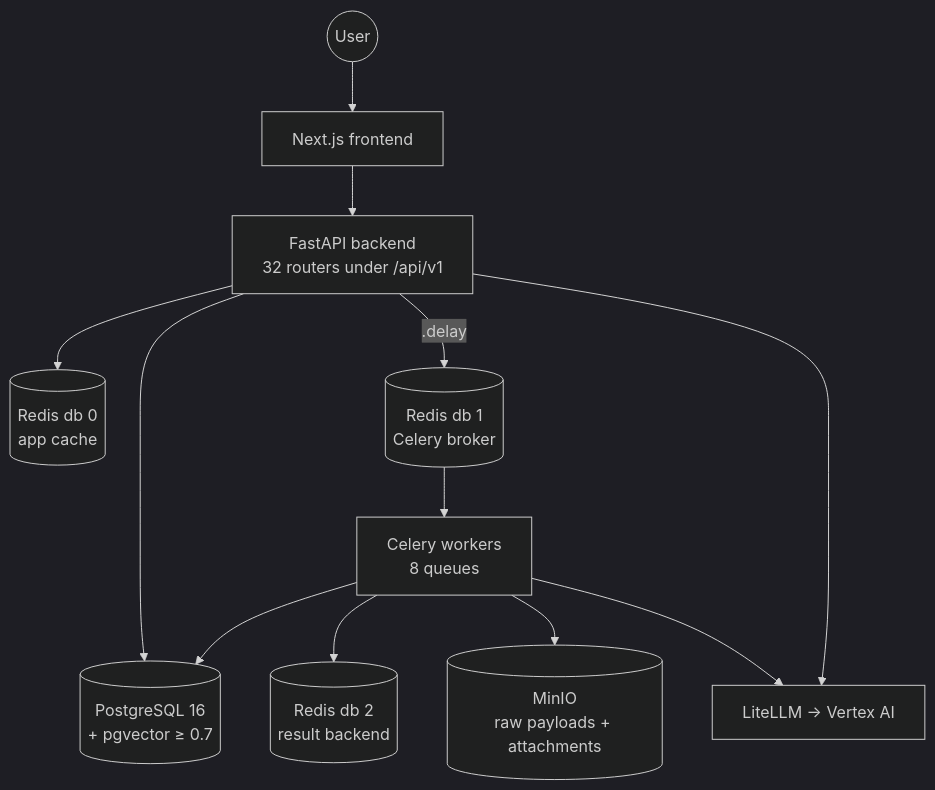
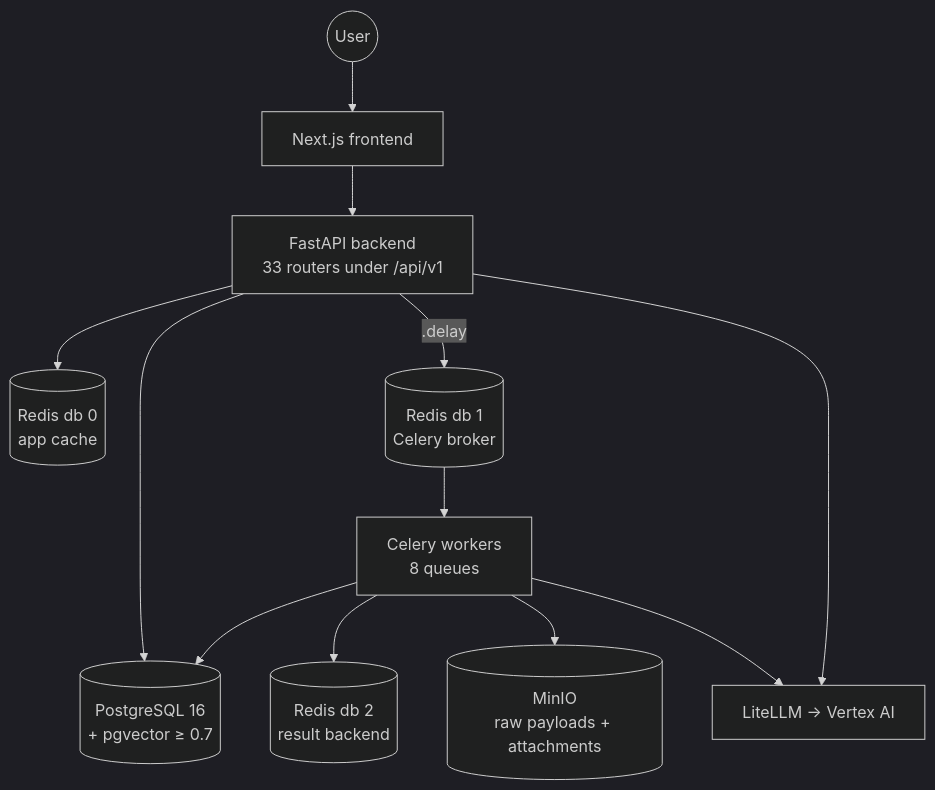
One commit to Valuedx/ContextEdge changed the first of 32 diagrams in docs/15_Project_Flow_Diagrams.md. Above: the diagram before and after it, drawn with Mermaid (dark theme). The commit also changed other lines of this file and 39 other files, not shown here.

````diff
--- a/docs/15_Project_Flow_Diagrams.md
+++ b/docs/15_Project_Flow_Diagrams.md
@@ -16,14 +16,14 @@
 ```mermaid
 graph TD
     User((User)) --> NextJS[Next.js frontend]
-    NextJS --> FastAPI[FastAPI backend<br/>32 routers under /api/v1]
+    NextJS --> FastAPI[FastAPI backend<br/>33 routers under /api/v1]
     FastAPI --> Postgres[(PostgreSQL 16<br/>+ pgvector ≥ 0.7)]
     FastAPI --> Redis0[(Redis db 0<br/>app cache)]
     FastAPI -- .delay --> Redis1[(Redis db 1<br/>Celery broker)]
     Redis1 --> Celery[Celery workers<br/>8 queues]
     Celery --> Redis2[(Redis db 2<br/>result backend)]
     Celery --> Postgres
     Celery --> MinIO[(MinIO<br/>raw payloads + attachments)]
     Celery --> LLM[LiteLLM → Vertex AI]
     FastAPI --> LLM
 ```
````
